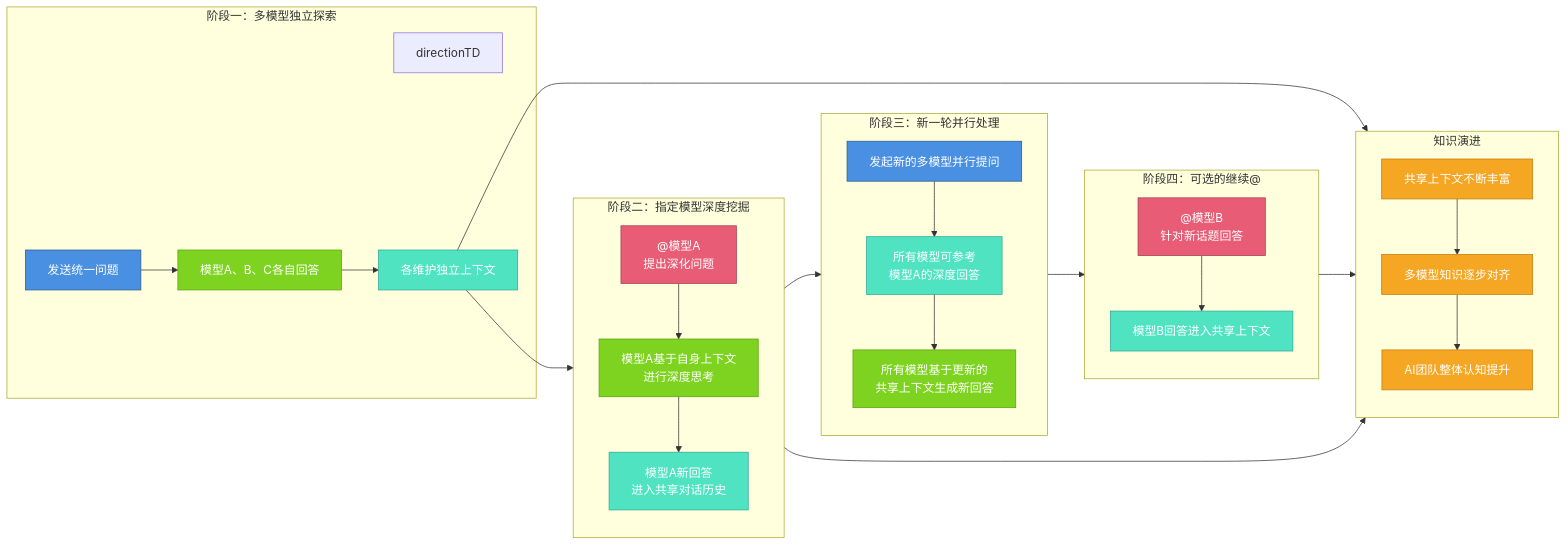
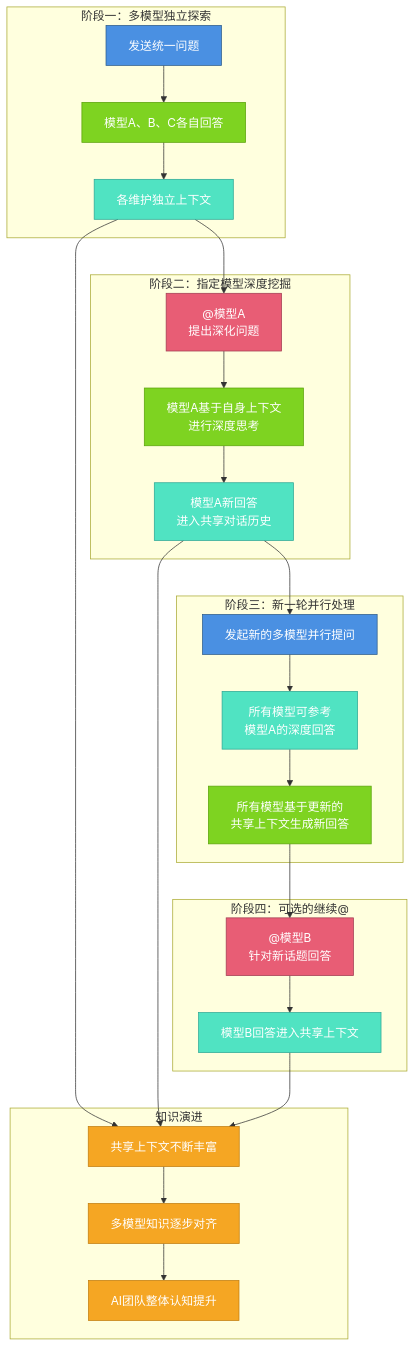
One commit to Fu-Jie/awesome-openwebui changed the fourth of 24 diagrams in openwebui介绍.md. Above: the diagram before and after it, drawn with Mermaid. The commit also changed other lines of this file, not shown here.

Commit message:
优化工作流图示：简化多个阶段的连接方式，提升可读性和逻辑清晰度

````diff
--- a/openwebui介绍.md
+++ b/openwebui介绍.md
@@ -143,61 +143,45 @@
 ```mermaid
-graph LR
+graph TD
     subgraph "阶段一：多模型独立探索"
-        directionTD
-        A["发送统一问题"]
-        B["模型A、B、C各自回答"]
-        C["各维护独立上下文"]
-        A --> B --> C
+        A["发送统一问题"] --> B["模型A、B、C各自回答"] --> C["各维护独立上下文"]
     end
     
     subgraph "阶段二：指定模型深度挖掘"
-        direction TD
-        D["@模型A<br/>提出深化问题"]
-        E["模型A基于自身上下文<br/>进行深度思考"]
-        F["模型A新回答<br/>进入共享对话历史"]
-        D --> E --> F
+        D["@模型A<br/>提出深化问题"] --> E["模型A基于自身上下文<br/>进行深度思考"] --> F["模型A新回答<br/>进入共享对话历史"]
     end
     
     subgraph "阶段三：新一轮并行处理"
-        direction TD
-        G["发起新的多模型并行提问"]
-        H["所有模型可参考<br/>模型A的深度回答"]
-        I["所有模型基于更新的<br/>共享上下文生成新回答"]
-        G --> H --> I
+        G["发起新的多模型并行提问"] --> H["所有模型可参考<br/>模型A的深度回答"] --> I["所有模型基于更新的<br/>共享上下文生成新回答"]
     end
     
     subgraph "阶段四：可选的继续@"
-        direction TD
-        J["@模型B<br/>针对新话题回答"]
-        K["模型B回答进入共享上下文"]
-        J --> K
+        J["@模型B<br/>针对新话题回答"] --> K["模型B回答进入共享上下文"]
     end
     
     subgraph "知识演进"
-        direction TD
         L["共享上下文不断丰富"] --> M["多模型知识逐步对齐"] --> N["AI团队整体认知提升"]
     end
     
     C --> D
     F --> G
     I --> J
 
     C --> L
     F --> L
     K --> L
     
     style A fill:#4A90E2,stroke:#2E5C8A,color:#fff
     style B fill:#7ED321,stroke:#5BA30A,color:#fff
     style C fill:#50E3C2,stroke:#2EA896,color:#fff
     style D fill:#E85D75,stroke:#A23E52,color:#fff
     style E fill:#7ED321,stroke:#5BA30A,color:#fff
     style F fill:#50E3C2,stroke:#2EA896,color:#fff
     style G fill:#4A90E2,stroke:#2E5C8A,color:#fff
     style H fill:#50E3C2,stroke:#2EA896,color:#fff
     style I fill:#7ED321,stroke:#5BA30A,color:#fff
     style J fill:#E85D75,stroke:#A23E52,color:#fff
     style K fill:#50E3C2,stroke:#2EA896,color:#fff
     style L fill:#F5A623,stroke:#C27D0E,color:#fff
     style M fill:#F5A623,stroke:#C27D0E,color:#fff
     style N fill:#F5A623,stroke:#C27D0E,color:#fff
 ```
````
